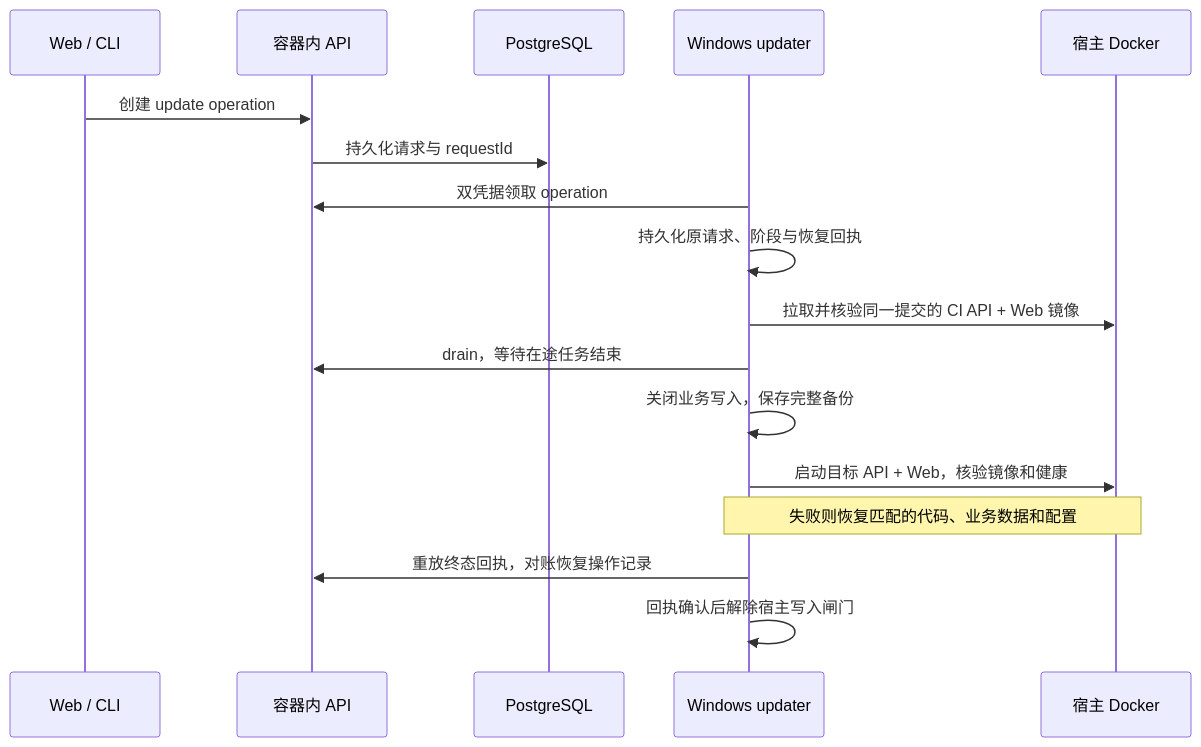
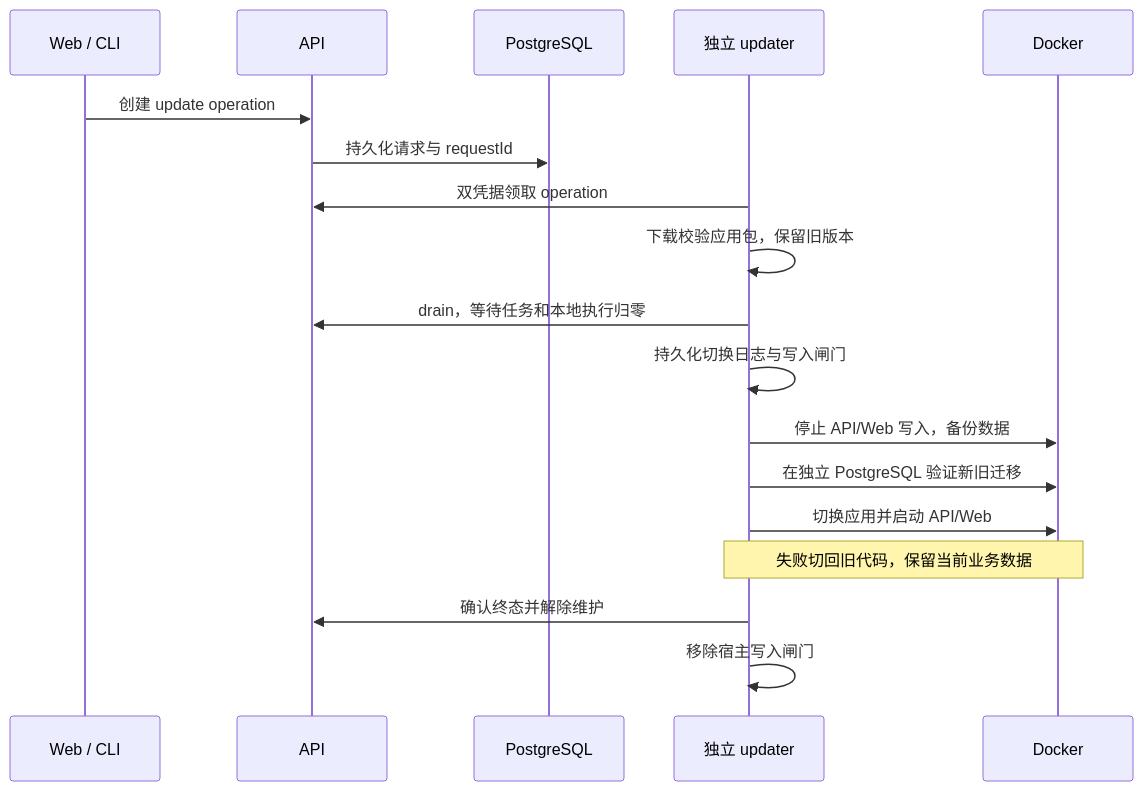
The diagram in docs/deploy/local-profiles.md (moesin-lab/Remi), drawn with Mermaid before and after one commit. The commit also changed other lines of this file and 81 other files, not shown here.

````diff
--- a/docs/deploy/local-profiles.md
+++ b/docs/deploy/local-profiles.md
@@ -119,19 +166,20 @@
 ```mermaid
 sequenceDiagram
   participant UI as Web / CLI
-  participant API as 容器内 API
+  participant API as API
   participant DB as PostgreSQL
-  participant Host as Windows updater
-  participant Docker as 宿主 Docker
+  participant Host as 独立 updater
+  participant Docker as Docker
   UI->>API: 创建 update operation
   API->>DB: 持久化请求与 requestId
   Host->>API: 双凭据领取 operation
-  Host->>Host: 持久化原请求、阶段与恢复回执
-  Host->>Docker: 拉取并核验同一提交的 CI API + Web 镜像
-  Host->>API: drain，等待在途任务结束
-  Host->>Host: 关闭业务写入，保存完整备份
-  Host->>Docker: 启动目标 API + Web，核验镜像和健康
-  Note over Host,Docker: 失败则恢复匹配的代码、业务数据和配置
-  Host->>API: 重放终态回执，对账恢复操作记录
-  Host->>Host: 回执确认后解除宿主写入闸门
+  Host->>Host: 下载校验应用包，保留旧版本
+  Host->>API: drain，等待任务和本地执行归零
+  Host->>Host: 持久化切换日志与写入闸门
+  Host->>Docker: 停止 API/Web 写入，备份数据
+  Host->>Docker: 在独立 PostgreSQL 验证新旧迁移
+  Host->>Docker: 切换应用并启动 API/Web
+  Note over Host,Docker: 失败切回旧代码，保留当前业务数据
+  Host->>API: 确认终态并解除维护
+  Host->>Host: 移除宿主写入闸门
 ```
````
